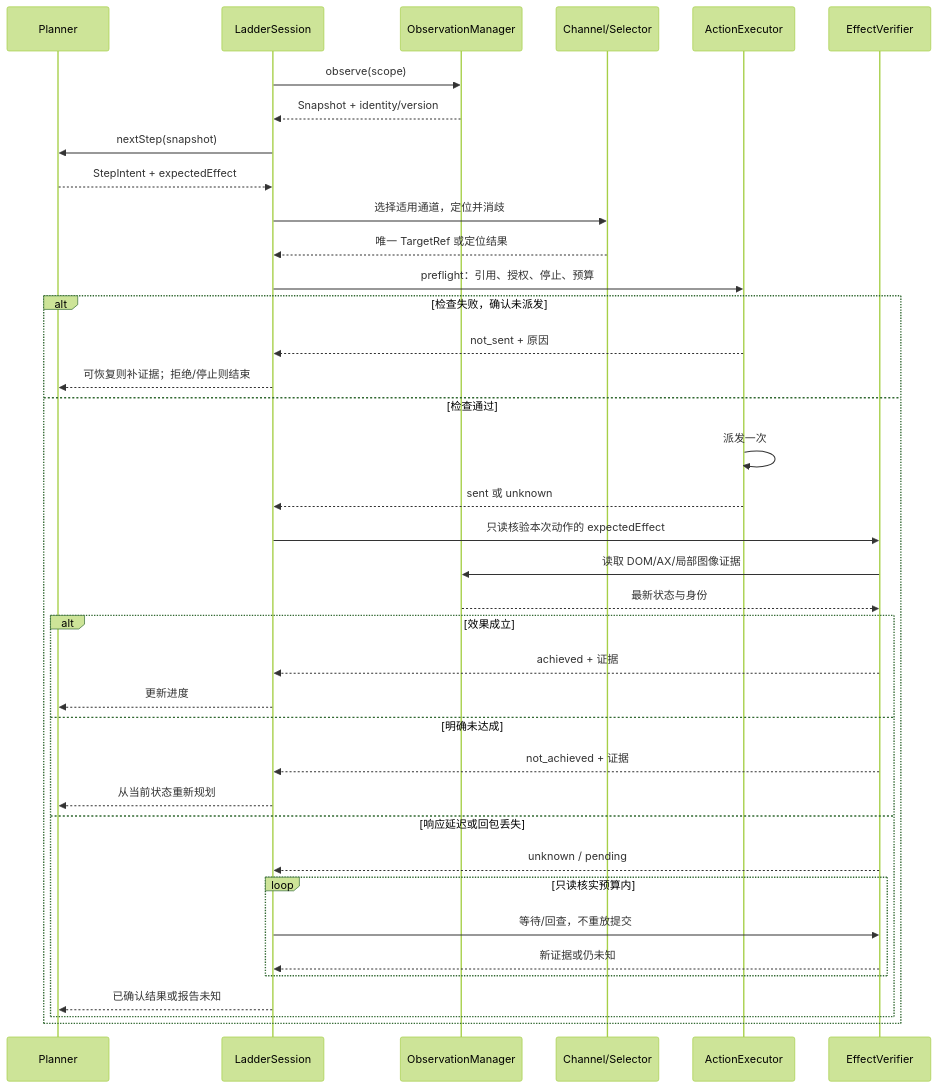
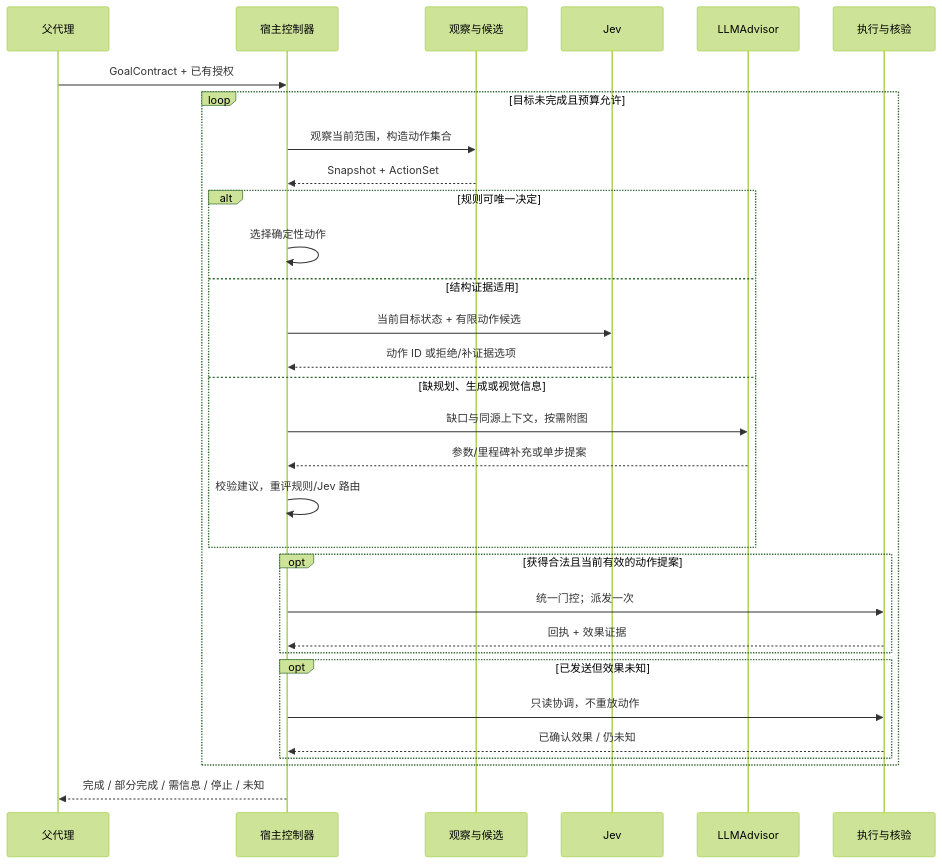
One commit to zbcjackson/tank changed the third of 4 diagrams in docs/plans/active/computer-use-strategy-ladder.md. Above: the diagram before and after it, drawn with Mermaid (forest theme). The commit also changed other lines of this file and 11 other files, not shown here.

````diff
--- a/docs/plans/active/computer-use-strategy-ladder.md
+++ b/docs/plans/active/computer-use-strategy-ladder.md
@@ -203,40 +406,33 @@
 ```mermaid
 sequenceDiagram
-    participant P as Planner
-    participant L as LadderSession
-    participant O as ObservationManager
-    participant C as Channel/Selector
-    participant E as ActionExecutor
-    participant V as EffectVerifier
-    L->>O: observe(scope)
-    O-->>L: Snapshot + identity/version
-    L->>P: nextStep(snapshot)
-    P-->>L: StepIntent + expectedEffect
-    L->>C: 选择适用通道，定位并消歧
-    C-->>L: 唯一 TargetRef 或定位结果
-    L->>E: preflight：引用、授权、停止、预算
-    alt 检查失败，确认未派发
-        E-->>L: not_sent + 原因
-        L-->>P: 可恢复则补证据；拒绝/停止则结束
-    else 检查通过
-        E->>E: 派发一次
-        E-->>L: sent 或 unknown
-        L->>V: 只读核验本次动作的 expectedEffect
-        V->>O: 读取 DOM/AX/局部图像证据
-        O-->>V: 最新状态与身份
-        alt 效果成立
-            V-->>L: achieved + 证据
-            L-->>P: 更新进度
-        else 明确未达成
-            V-->>L: not_achieved + 证据
-            L-->>P: 从当前状态重新规划
-        else 响应延迟或回包丢失
-            V-->>L: unknown / pending
-            loop 只读核实预算内
-                L->>V: 等待/回查，不重放提交
-                V-->>L: 新证据或仍未知
-            end
-            L-->>P: 已确认结果或报告未知
+    participant P as 父代理
+    participant C as 宿主控制器
+    participant O as 观察与候选
+    participant J as Jev
+    participant L as LLMAdvisor
+    participant E as 执行与核验
+    P->>C: GoalContract + 已有授权
+    loop 目标未完成且预算允许
+        C->>O: 观察当前范围，构造动作集合
+        O-->>C: Snapshot + ActionSet
+        alt 规则可唯一决定
+            C->>C: 选择确定性动作
+        else 结构证据适用
+            C->>J: 当前目标状态 + 有限动作候选
+            J-->>C: 动作 ID 或拒绝/补证据选项
+        else 缺规划、生成或视觉信息
+            C->>L: 缺口与同源上下文，按需附图
+            L-->>C: 参数/里程碑补充或单步提案
+            C->>C: 校验建议，重评规则/Jev 路由
+        end
+        opt 获得合法且当前有效的动作提案
+            C->>E: 统一门控；派发一次
+            E-->>C: 回执 + 效果证据
+        end
+        opt 已发送但效果未知
+            C->>E: 只读协调，不重放动作
+            E-->>C: 已确认效果 / 仍未知
         end
     end
+    C-->>P: 完成 / 部分完成 / 需信息 / 停止 / 未知
 ```
````
